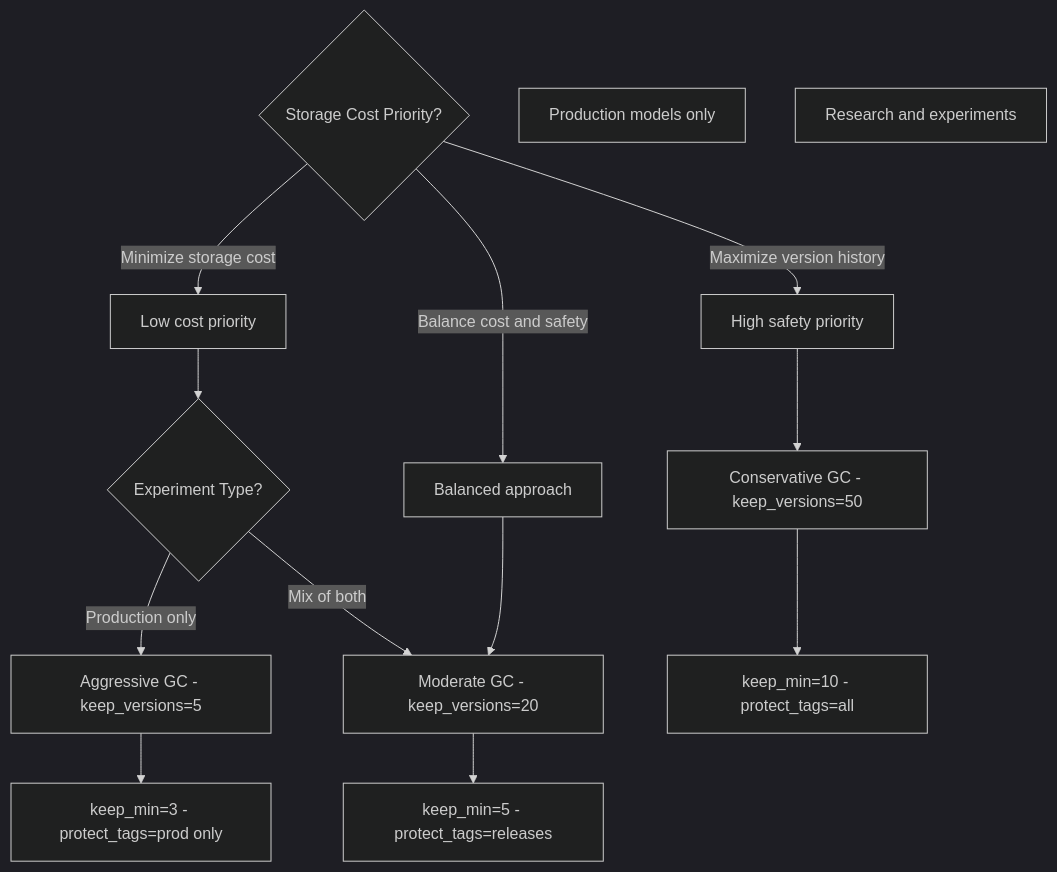
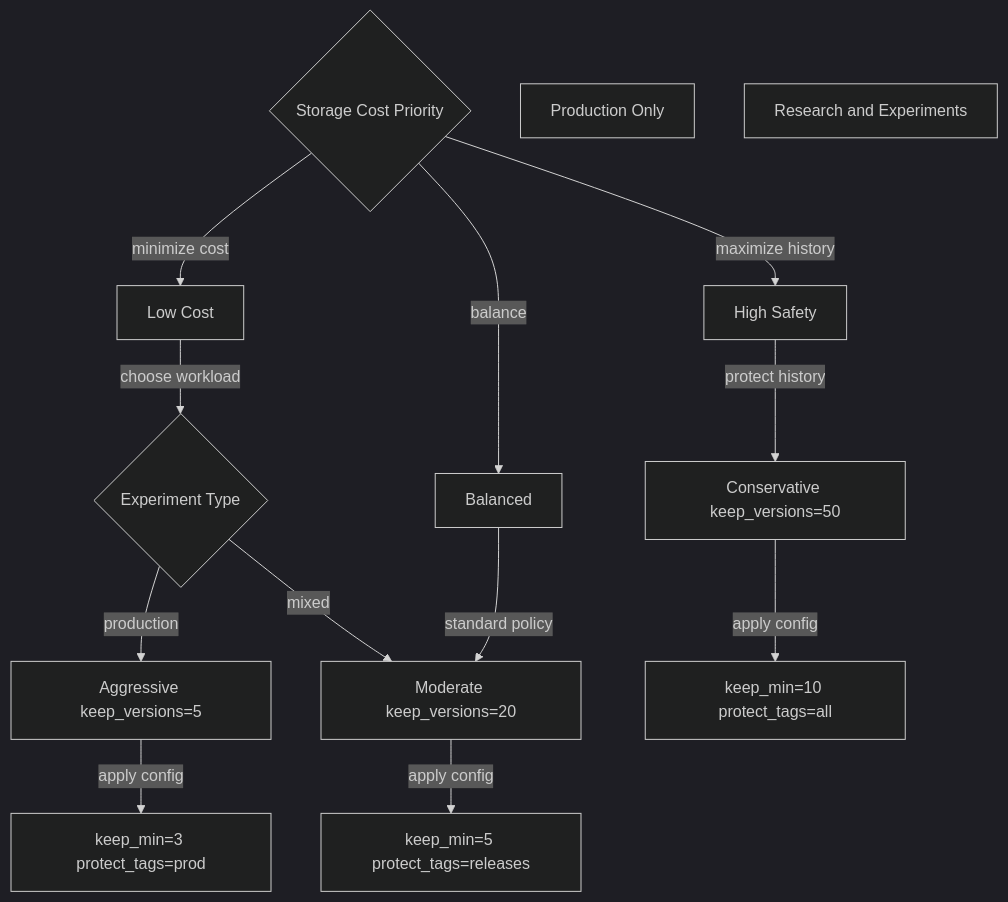
Before and after one commit to Tuee22/SpectralMC: the fifth of 5 diagrams in documents/product/deployment.md, drawn with Mermaid (dark theme). The commit also changed other lines of this file and 28 other files, not shown here.

````diff
--- a/documents/product/deployment.md
+++ b/documents/product/deployment.md
@@ -616,30 +650,30 @@
 ```mermaid
 flowchart TB
-  Start{Storage Cost Priority?}
-  LowCost[Low cost priority]
-  Balance[Balanced approach]
-  HighSafety[High safety priority]
+  Start{Storage Cost Priority}
+  LowCost[Low Cost]
+  Balance[Balanced]
+  HighSafety[High Safety]
 
-  CheckExpType{Experiment Type?}
-  Production[Production models only]
-  Research[Research and experiments]
+  CheckExpType{Experiment Type}
+  Production[Production Only]
+  Research[Research and Experiments]
 
-  Aggressive[Aggressive GC - keep_versions=5]
-  Moderate[Moderate GC - keep_versions=20]
-  Conservative[Conservative GC - keep_versions=50]
+  Aggressive[Aggressive keep_versions=5]
+  Moderate[Moderate keep_versions=20]
+  Conservative[Conservative keep_versions=50]
 
-  Start -->|Minimize storage cost| LowCost
-  Start -->|Balance cost and safety| Balance
-  Start -->|Maximize version history| HighSafety
+  Start -->|minimize cost| LowCost
+  Start -->|balance| Balance
+  Start -->|maximize history| HighSafety
 
-  LowCost --> CheckExpType
-  CheckExpType -->|Production only| Aggressive
-  CheckExpType -->|Mix of both| Moderate
+  LowCost -->|choose workload| CheckExpType
+  CheckExpType -->|production| Aggressive
+  CheckExpType -->|mixed| Moderate
 
-  Balance --> Moderate
-  HighSafety --> Conservative
+  Balance -->|standard policy| Moderate
+  HighSafety -->|protect history| Conservative
 
-  Aggressive --> AggressiveConfig[keep_min=3 - protect_tags=prod only]
-  Moderate --> ModerateConfig[keep_min=5 - protect_tags=releases]
-  Conservative --> ConservativeConfig[keep_min=10 - protect_tags=all]
+  Aggressive -->|apply config| AggressiveConfig[keep_min=3 protect_tags=prod]
+  Moderate -->|apply config| ModerateConfig[keep_min=5 protect_tags=releases]
+  Conservative -->|apply config| ConservativeConfig[keep_min=10 protect_tags=all]
 ```
````
